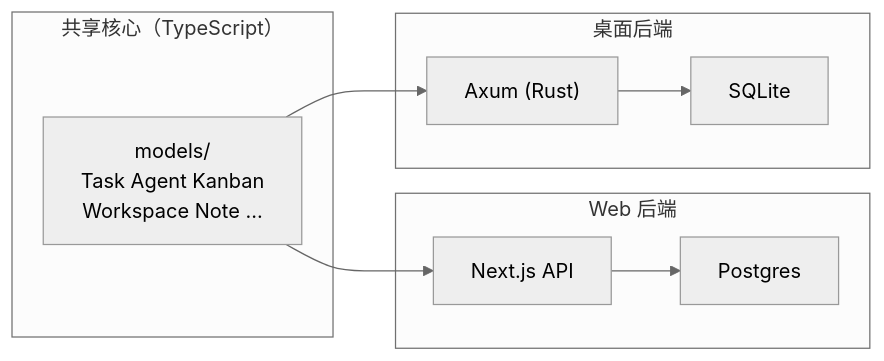
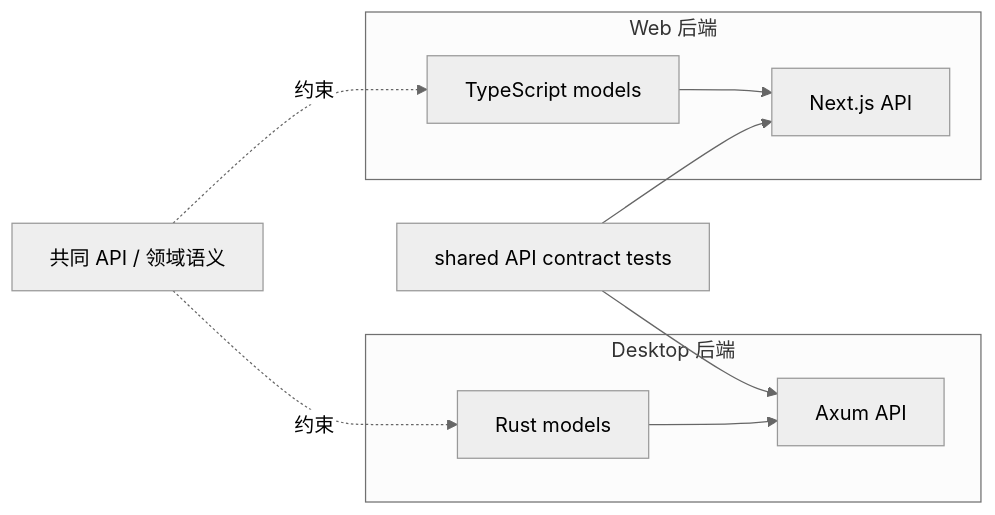
One commit to waybi/routa changed the second of 2 diagrams in docs/learning/koda-replication/phase0-analysis.md. Above: the diagram before and after it, drawn with Mermaid (neutral theme). The commit also changed other lines of this file, not shown here.

````diff
--- a/docs/learning/koda-replication/phase0-analysis.md
+++ b/docs/learning/koda-replication/phase0-analysis.md
@@ -226,21 +229,21 @@
 ```mermaid
 graph LR
-    subgraph shared["共享核心（TypeScript）"]
-        models["models/<br/>Task Agent Kanban<br/>Workspace Note ..."]
+    contract["共同 API / 领域语义"]
+
+    subgraph web["Web 后端"]
+        tsModels["TypeScript models"]
+        nextjs["Next.js API"]
+        tsModels --> nextjs
     end
 
-    subgraph web["Web 后端"]
-        nextjs["Next.js API"]
-        pg["Postgres"]
-        nextjs --> pg
+    subgraph desktop["Desktop 后端"]
+        rustModels["Rust models"]
+        axum["Axum API"]
+        rustModels --> axum
     end
 
-    subgraph desktop["桌面后端"]
-        axum["Axum (Rust)"]
-        sqlite["SQLite"]
-        axum --> sqlite
-    end
-
-    models --> nextjs
-    models --> axum
+    contract -."约束".-> tsModels
+    contract -."约束".-> rustModels
+    tests["shared API contract tests"] --> nextjs
+    tests --> axum
 ```
````
